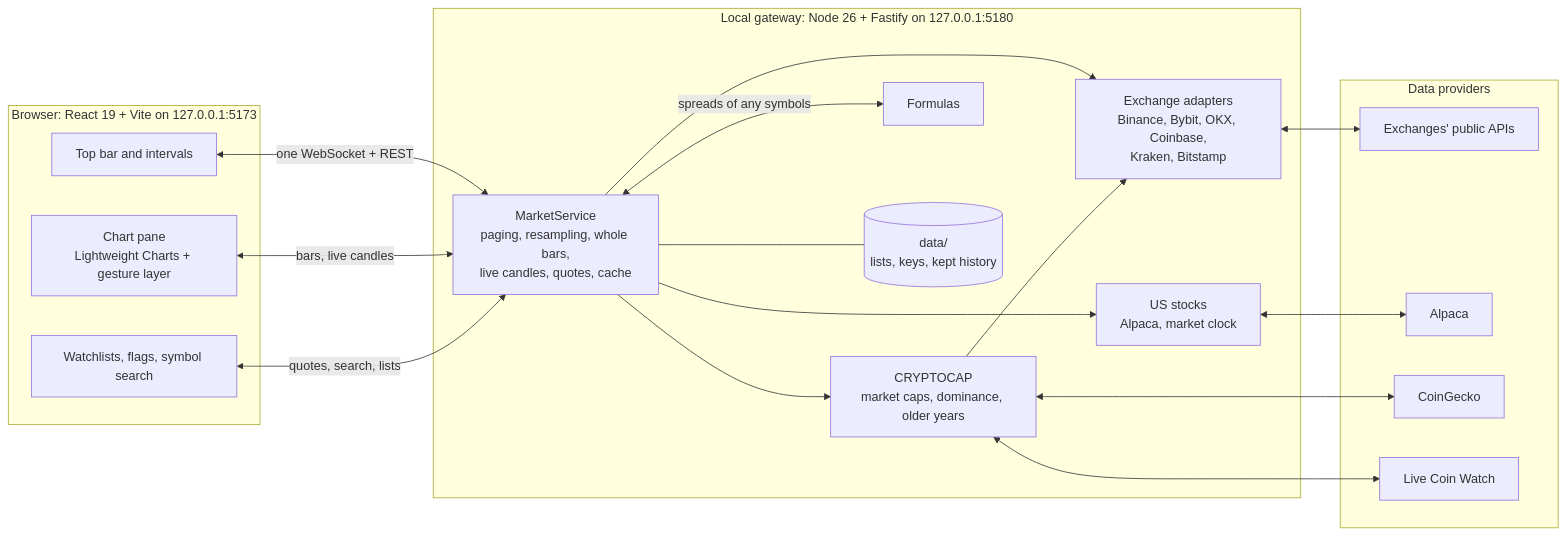
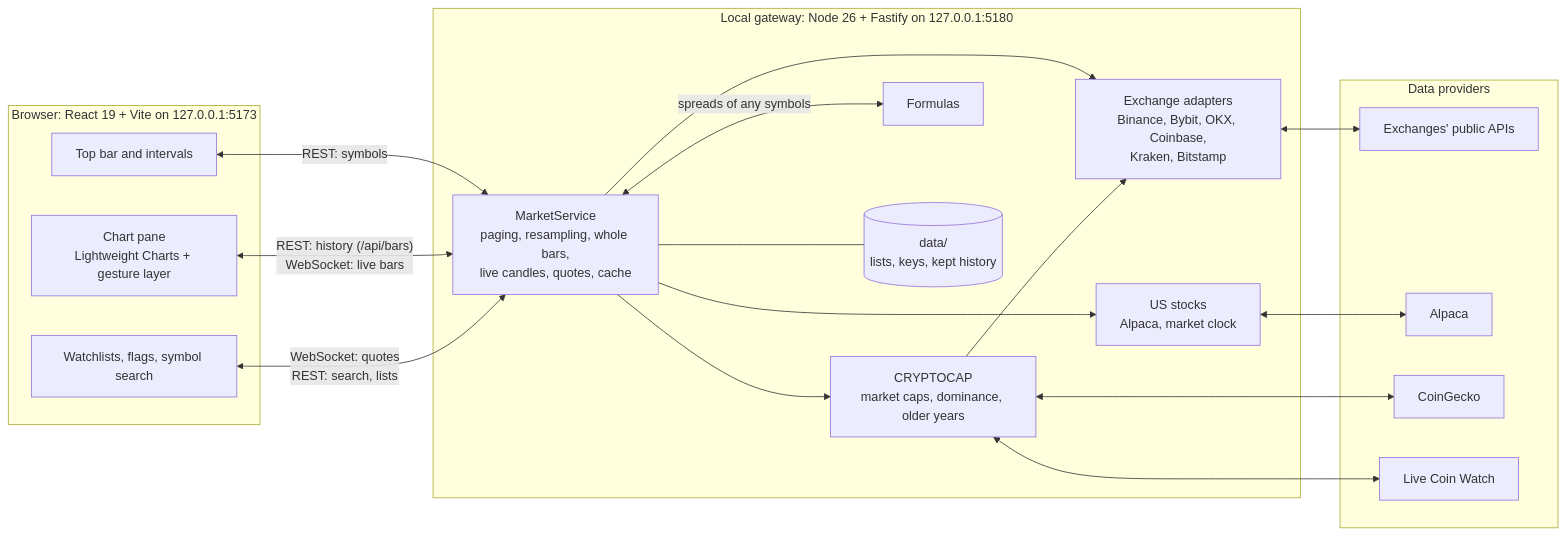
The first of 6 diagrams in README.md (iamdebasis/TradingNERD), drawn with Mermaid before and after one commit. The commit also changed other lines of this file and 5 other files, not shown here.

First line of the commit message:
Docs: pull requests on GitHub, pnpm without Corepack, history over REST

````diff
--- a/README.md
+++ b/README.md
@@ -44,35 +44,35 @@
 ```mermaid
 flowchart LR
   subgraph Browser["Browser: React 19 + Vite on 127.0.0.1:5173"]
     TB["Top bar and intervals"]
     CH["Chart pane<br/>Lightweight Charts + gesture layer"]
     WL["Watchlists, flags, symbol search"]
   end
   subgraph Gateway["Local gateway: Node 26 + Fastify on 127.0.0.1:5180"]
     MS["MarketService<br/>paging, resampling, whole bars,<br/>live candles, quotes, cache"]
     AD["Exchange adapters<br/>Binance, Bybit, OKX, Coinbase,<br/>Kraken, Bitstamp"]
     US["US stocks<br/>Alpaca, market clock"]
     CC["CRYPTOCAP<br/>market caps, dominance, older years"]
     FX["Formulas"]
     ST[("data/<br/>lists, keys, kept history")]
   end
   subgraph Providers["Data providers"]
     EX["Exchanges' public APIs"]
     AL["Alpaca"]
     CG["CoinGecko"]
     LW["Live Coin Watch"]
   end
-  TB <-->|"one WebSocket + REST"| MS
-  CH <-->|"bars, live candles"| MS
-  WL <-->|"quotes, search, lists"| MS
+  TB <-->|"REST: symbols"| MS
+  CH <-->|"REST: history (/api/bars)<br/>WebSocket: live bars"| MS
+  WL <-->|"WebSocket: quotes<br/>REST: search, lists"| MS
   MS --> AD
   MS --> US
   MS --> CC
   MS <-->|"spreads of any symbols"| FX
   CC --> AD
   AD <--> EX
   US <--> AL
   CC <--> CG
   CC <--> LW
   MS --- ST
 ```
````
